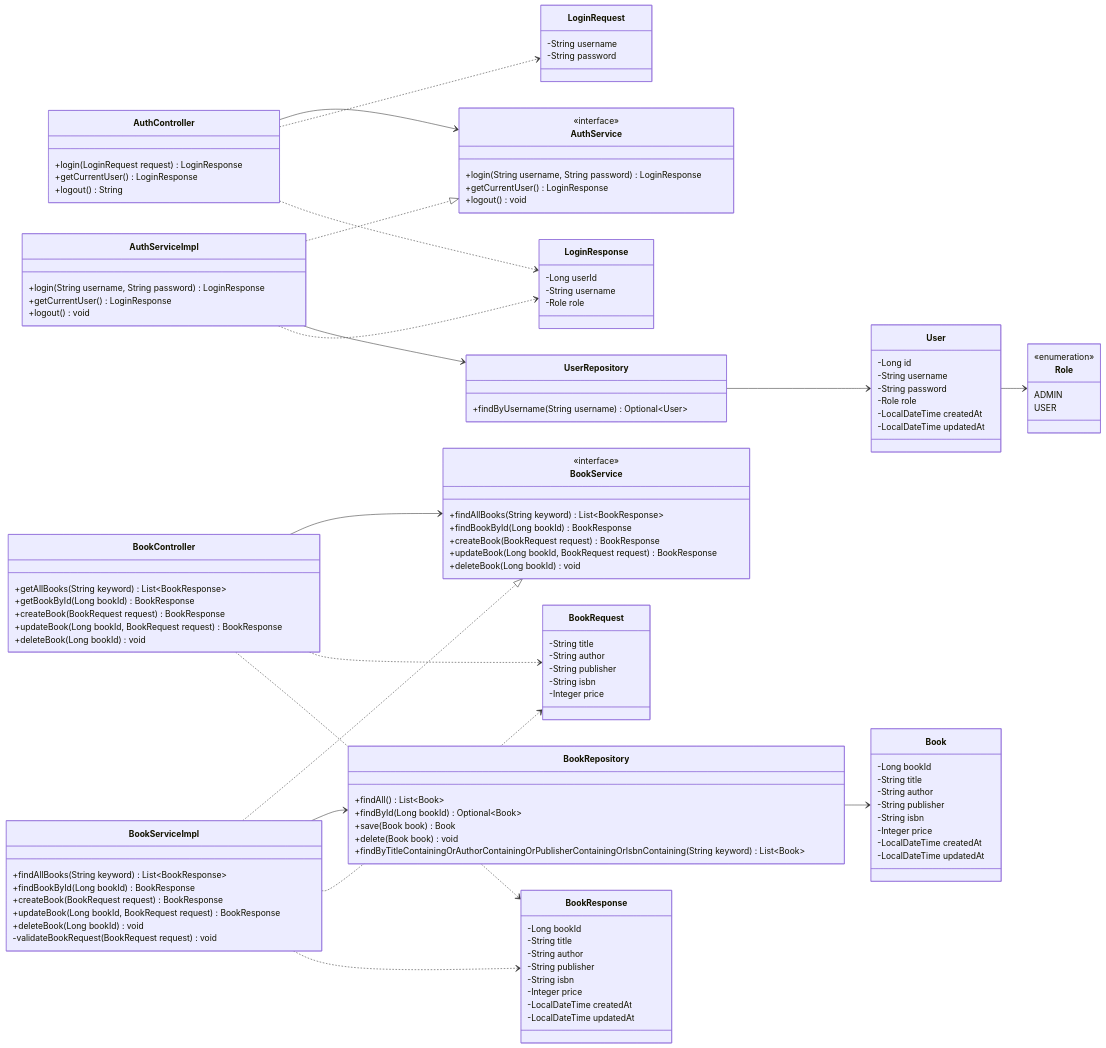
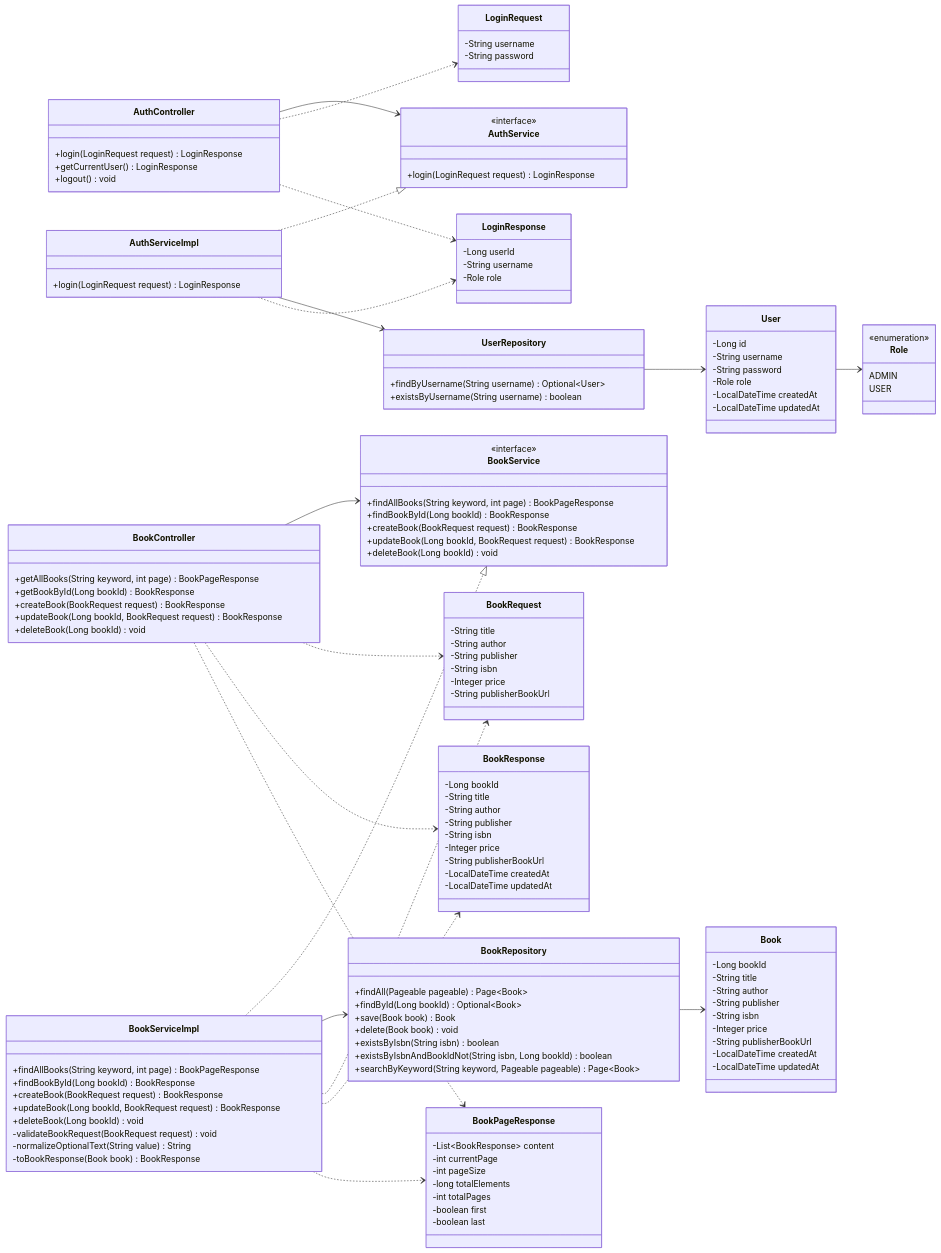
Before and after one commit to fizz123123/Books-Ordering-System: the third of 8 diagrams in docs/System_Design.md, drawn with Mermaid. The commit also changed other lines of this file, not shown here.

```diff
--- a/docs/System_Design.md
+++ b/docs/System_Design.md
@@ -667,11 +681,11 @@
     class AuthController {
         +login(LoginRequest request) LoginResponse
         +getCurrentUser() LoginResponse
-        +logout() String
+        +logout() void
     }
 
     class BookController {
-        +getAllBooks(String keyword) List~BookResponse~
+        +getAllBooks(String keyword, int page) BookPageResponse
         +getBookById(Long bookId) BookResponse
         +createBook(BookRequest request) BookResponse
         +updateBook(Long bookId, BookRequest request) BookResponse
@@ -680,14 +694,12 @@
 
     class AuthService {
         <<interface>>
-        +login(String username, String password) LoginResponse
-        +getCurrentUser() LoginResponse
-        +logout() void
+        +login(LoginRequest request) LoginResponse
     }
 
     class BookService {
         <<interface>>
-        +findAllBooks(String keyword) List~BookResponse~
+        +findAllBooks(String keyword, int page) BookPageResponse
         +findBookById(Long bookId) BookResponse
         +createBook(BookRequest request) BookResponse
         +updateBook(Long bookId, BookRequest request) BookResponse
@@ -695,30 +707,33 @@
     }
 
     class AuthServiceImpl {
-        +login(String username, String password) LoginResponse
-        +getCurrentUser() LoginResponse
-        +logout() void
+        +login(LoginRequest request) LoginResponse
     }
 
     class BookServiceImpl {
-        +findAllBooks(String keyword) List~BookResponse~
+        +findAllBooks(String keyword, int page) BookPageResponse
         +findBookById(Long bookId) BookResponse
         +createBook(BookRequest request) BookResponse
         +updateBook(Long bookId, BookRequest request) BookResponse
         +deleteBook(Long bookId) void
         -validateBookRequest(BookRequest request) void
+        -normalizeOptionalText(String value) String
+        -toBookResponse(Book book) BookResponse
     }
 
     class UserRepository {
         +findByUsername(String username) Optional~User~
+        +existsByUsername(String username) boolean
     }
 
     class BookRepository {
-        +findAll() List~Book~
+        +findAll(Pageable pageable) Page~Book~
         +findById(Long bookId) Optional~Book~
         +save(Book book) Book
         +delete(Book book) void
-        +findByTitleContainingOrAuthorContainingOrPublisherContainingOrIsbnContaining(String keyword) List~Book~
+        +existsByIsbn(String isbn) boolean
+        +existsByIsbnAndBookIdNot(String isbn, Long bookId) boolean
+        +searchByKeyword(String keyword, Pageable pageable) Page~Book~
     }
 
     class User {
@@ -737,6 +752,7 @@
         -String publisher
         -String isbn
         -Integer price
+        -String publisherBookUrl
         -LocalDateTime createdAt
         -LocalDateTime updatedAt
     }
@@ -764,6 +780,7 @@
         -String publisher
         -String isbn
         -Integer price
+        -String publisherBookUrl
     }
 
     class BookResponse {
@@ -773,8 +790,19 @@
         -String publisher
         -String isbn
         -Integer price
+        -String publisherBookUrl
         -LocalDateTime createdAt
         -LocalDateTime updatedAt
+    }
+
+    class BookPageResponse {
+        -List~BookResponse~ content
+        -int currentPage
+        -int pageSize
+        -long totalElements
+        -int totalPages
+        -boolean first
+        -boolean last
     }
 
     AuthController --> AuthService
@@ -790,10 +818,12 @@
     AuthController ..> LoginResponse
     BookController ..> BookRequest
     BookController ..> BookResponse
+    BookController ..> BookPageResponse
 
     AuthServiceImpl ..> LoginResponse
     BookServiceImpl ..> BookRequest
     BookServiceImpl ..> BookResponse
+    BookServiceImpl ..> BookPageResponse
 
     UserRepository --> User
     BookRepository --> Book
```
